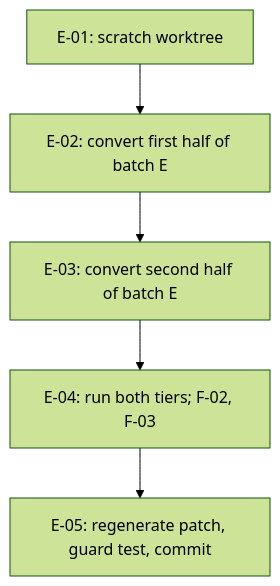
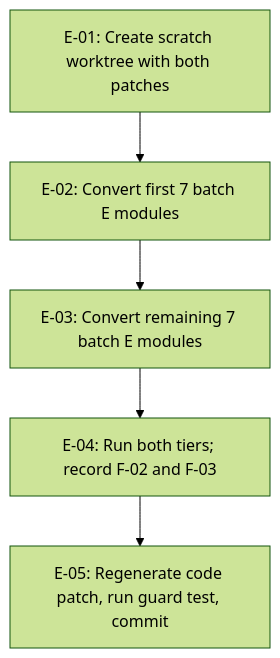
The diagram in .aw/records/plans/pending/20261125-metastore-312-qi0kl6-convert-test-batch-e-readers-selectors-find-through-spec-id6.ipd.md (fariello/agent-workflows), drawn with Mermaid (forest theme) before and after one commit. The commit also changed other lines of this file and 1 other file, not shown here.

````diff
--- a/.aw/records/plans/pending/20261125-metastore-312-qi0kl6-convert-test-batch-e-readers-selectors-find-through-spec-id6.ipd.md
+++ b/.aw/records/plans/pending/20261125-metastore-312-qi0kl6-convert-test-batch-e-readers-selectors-find-through-spec-id6.ipd.md
@@ -91,7 +111,7 @@
 ```mermaid
 flowchart TD
-    E01["E-01: scratch worktree"] --> E02["E-02: convert first half of batch E"]
-    E02 --> E03["E-03: convert second half of batch E"]
-    E03 --> E04["E-04: run both tiers; F-02, F-03"]
-    E04 --> E05["E-05: regenerate patch, guard test, commit"]
+    E01["E-01: Create scratch worktree with both patches"] --> E02["E-02: Convert first 7 batch E modules"]
+    E02 --> E03["E-03: Convert remaining 7 batch E modules"]
+    E03 --> E04["E-04: Run both tiers; record F-02 and F-03"]
+    E04 --> E05["E-05: Regenerate code patch, run guard test, commit"]
 ```
````
